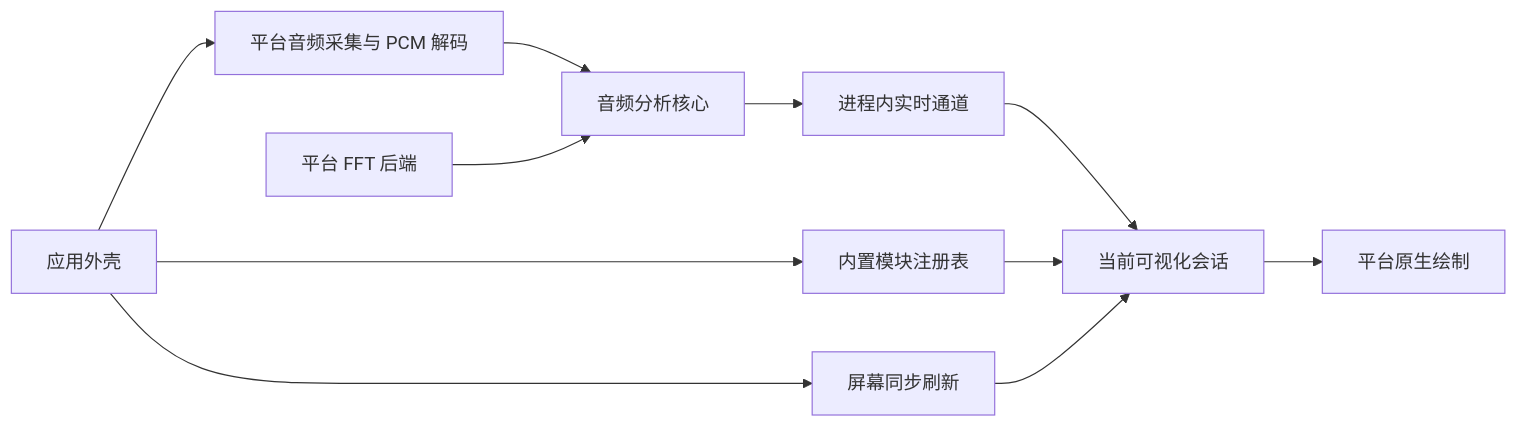
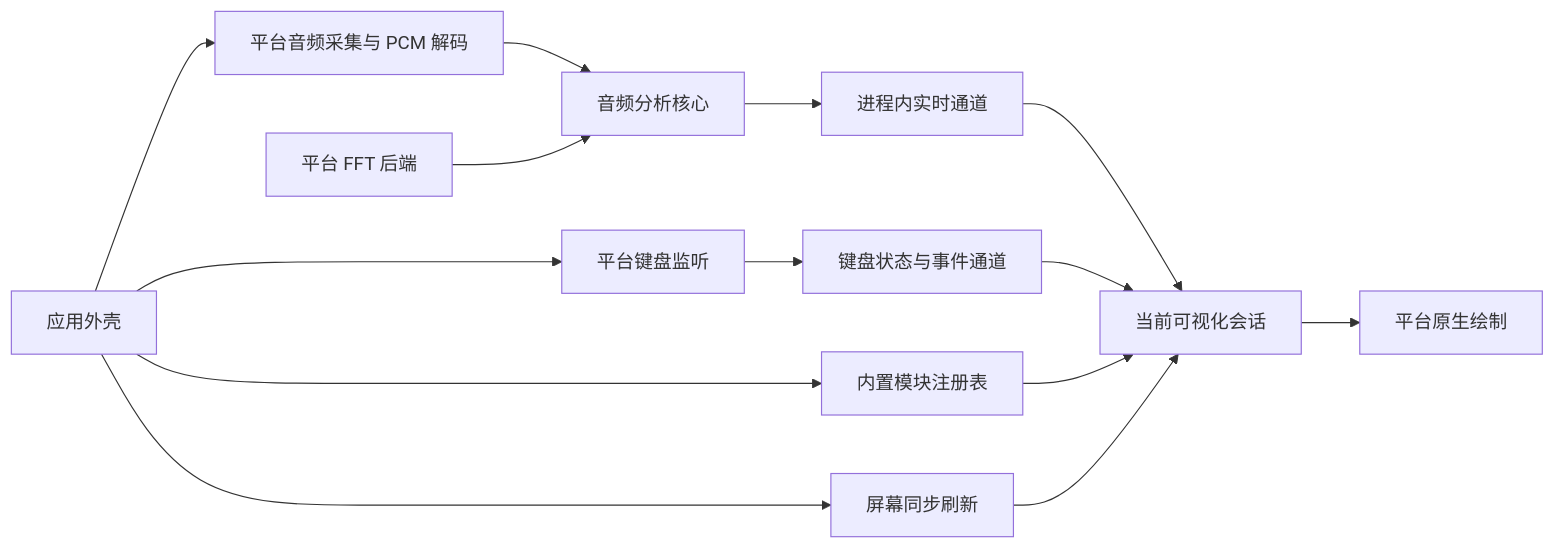
Before and after one commit to YoungTreeTree/miucs: the diagram in docs/architecture.md, drawn with Mermaid. The commit also changed other lines of this file and 52 other files, not shown here.

````diff
--- a/docs/architecture.md
+++ b/docs/architecture.md
@@ -5,13 +5,16 @@
 ```mermaid
 flowchart LR
     Capture[平台音频采集与 PCM 解码] --> Analysis[音频分析核心]
     FFT[平台 FFT 后端] --> Analysis
     Analysis --> Channel[进程内实时通道]
     Channel --> Session[当前可视化会话]
+    Keyboard[平台键盘监听] --> Keys[键盘状态与事件通道]
+    Keys --> Session
     Session --> Drawing[平台原生绘制]
     Shell[应用外壳] --> Capture
+    Shell --> Keyboard
     Shell --> Registry[内置模块注册表]
     Registry --> Session
     Shell --> Clock[屏幕同步刷新]
     Clock --> Session
 ```
````
